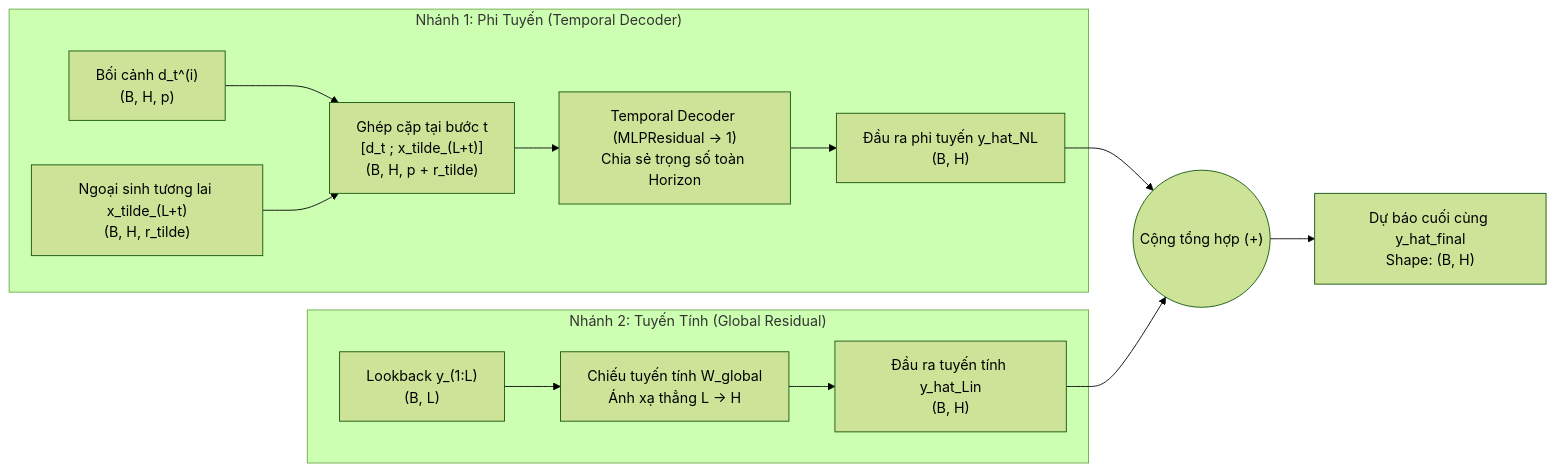
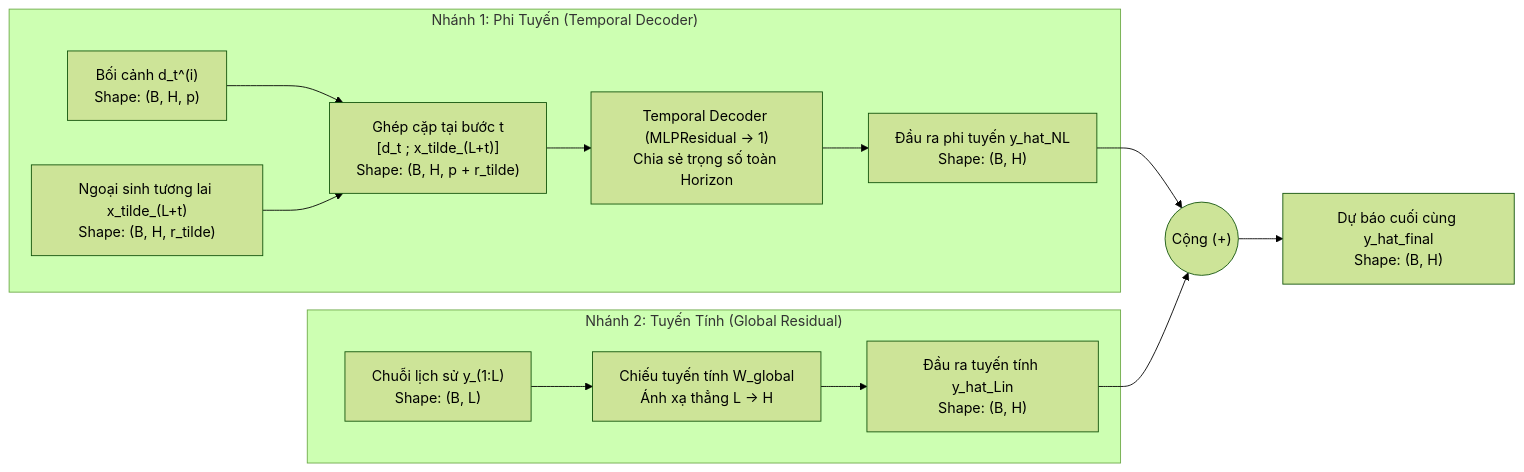
Before and after one commit to snowflake-vibing/Project-Experimental-TiDE: the diagram in tasks-Hieu/presentation/slide/slide_01_phan_1_ly_thuyet_va_toan_hoc.md, drawn with Mermaid (forest theme). The commit also changed other lines of this file, not shown here.

````diff
--- a/tasks-Hieu/presentation/slide/slide_01_phan_1_ly_thuyet_va_toan_hoc.md
+++ b/tasks-Hieu/presentation/slide/slide_01_phan_1_ly_thuyet_va_toan_hoc.md
@@ -18,18 +25,18 @@
 ```mermaid
 flowchart LR
     subgraph NhanhPhiTuyen ["Nhánh 1: Phi Tuyến (Temporal Decoder)"]
-        Dt["Bối cảnh d_t^(i)<br/>(B, H, p)"] --> Cat["Ghép cặp tại bước t<br/>[d_t ; x_tilde_(L+t)]<br/>(B, H, p + r_tilde)"]
-        Xf["Ngoại sinh tương lai x_tilde_(L+t)<br/>(B, H, r_tilde)"] --> Cat
+        Dt["Bối cảnh d_t^(i)<br/>Shape: (B, H, p)"] --> Cat["Ghép cặp tại bước t<br/>[d_t ; x_tilde_(L+t)]<br/>Shape: (B, H, p + r_tilde)"]
+        Xf["Ngoại sinh tương lai x_tilde_(L+t)<br/>Shape: (B, H, r_tilde)"] --> Cat
         Cat --> TD["Temporal Decoder (MLPResidual -> 1)<br/>Chia sẻ trọng số toàn Horizon"]
-        TD --> YNL["Đầu ra phi tuyến y_hat_NL<br/>(B, H)"]
+        TD --> YNL["Đầu ra phi tuyến y_hat_NL<br/>Shape: (B, H)"]
     end
 
     subgraph NhanhTuyenTinh ["Nhánh 2: Tuyến Tính (Global Residual)"]
-        Look["Lookback y_(1:L)<br/>(B, L)"] --> Lin["Chiếu tuyến tính W_global<br/>Ánh xạ thẳng L -> H"]
-        Lin --> YLin["Đầu ra tuyến tính y_hat_Lin<br/>(B, H)"]
+        Look["Chuỗi lịch sử y_(1:L)<br/>Shape: (B, L)"] --> Lin["Chiếu tuyến tính W_global<br/>Ánh xạ thẳng L -> H"]
+        Lin --> YLin["Đầu ra tuyến tính y_hat_Lin<br/>Shape: (B, H)"]
     end
 
-    YNL --> Add(("Cộng tổng hợp (+)"))
+    YNL --> Add(("Cộng (+)"))
     YLin --> Add
     Add --> Final["Dự báo cuối cùng y_hat_final<br/>Shape: (B, H)"]
 ```
````
